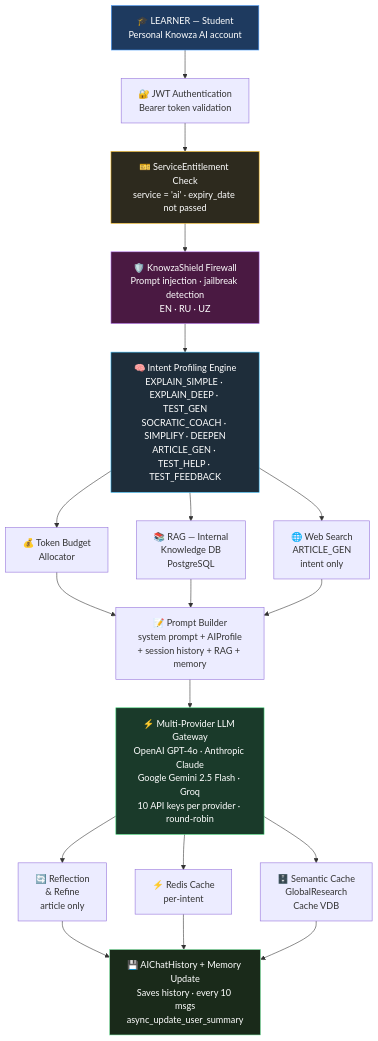
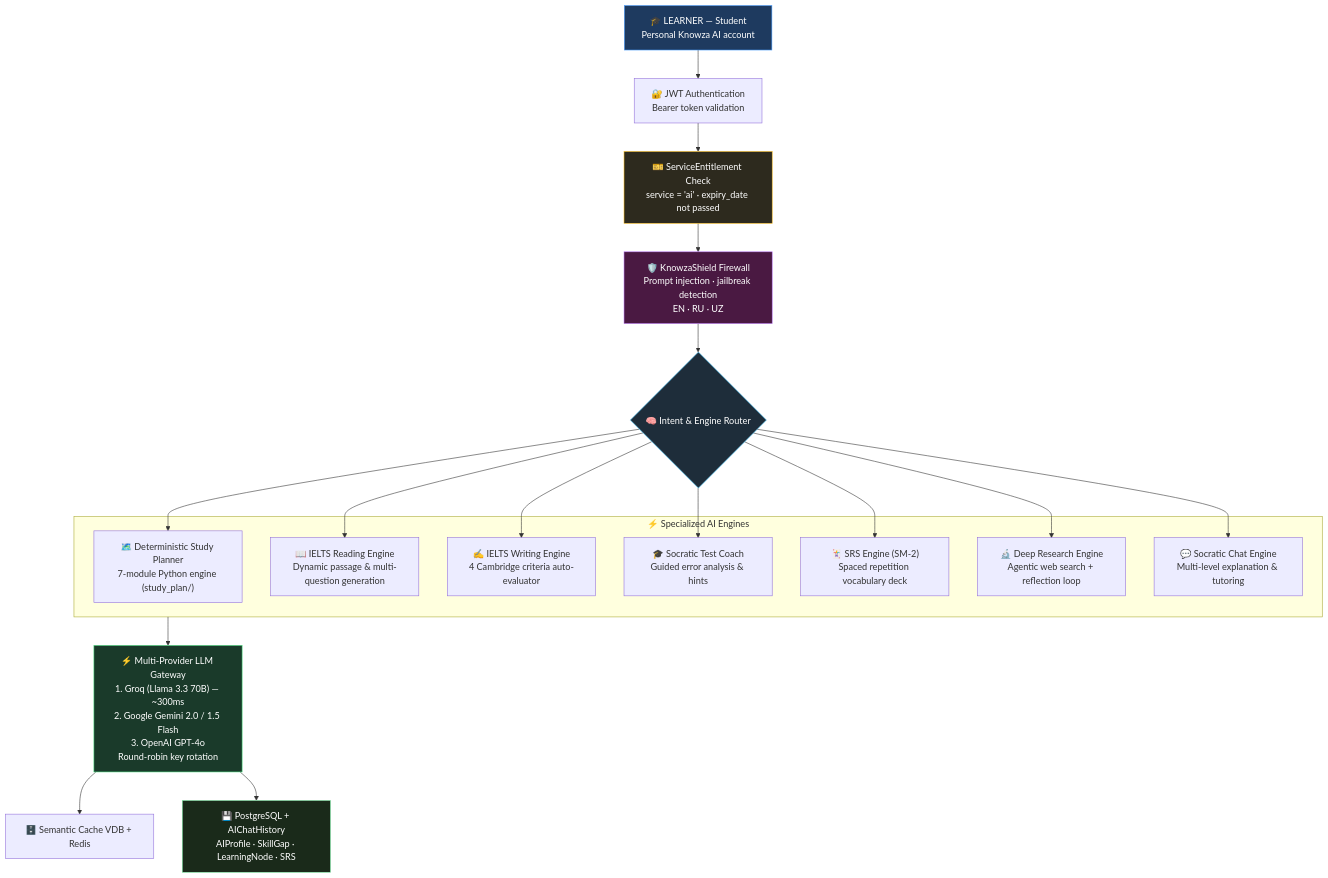
Before and after one commit to Jonizz-s-Team/Knowza-Overview: the diagram in docs/AI_ARCHITECTURE.md, drawn with Mermaid. The commit also changed other lines of this file and 94 other files, not shown here.

Commit message:
feat(release): KNOWZA 3.0.0 - Full AI Foundation, Adaptive IELTS Suite & Complete 20-Module Ecosystem

````diff
--- a/docs/AI_ARCHITECTURE.md
+++ b/docs/AI_ARCHITECTURE.md
@@ -22,48 +22,65 @@
 ```mermaid
 flowchart TD
-    STUDENT["🎓 LEARNER — Student\nPersonal Knowza AI account"]
+    STUDENT["🎓 LEARNER — Student
+Personal Knowza AI account"]
 
-    JWT["🔐 JWT Authentication\nBearer token validation"]
+    JWT["🔐 JWT Authentication
+Bearer token validation"]
 
-    ENTITLEMENT["🎫 ServiceEntitlement Check\nservice = 'ai' · expiry_date not passed"]
+    ENTITLEMENT["🎫 ServiceEntitlement Check
+service = 'ai' · expiry_date not passed"]
 
-    SHIELD["🛡️ KnowzaShield Firewall\nPrompt injection · jailbreak detection\nEN · RU · UZ"]
+    SHIELD["🛡️ KnowzaShield Firewall
+Prompt injection · jailbreak detection
+EN · RU · UZ"]
 
-    INTENT["🧠 Intent Profiling Engine\nEXPLAIN_SIMPLE · EXPLAIN_DEEP · TEST_GEN\nSOCRATIC_COACH · SIMPLIFY · DEEPEN\nARTICLE_GEN · TEST_HELP · TEST_FEEDBACK"]
+    INTENT{"🧠 Intent & Engine Router"}
 
-    BUDGET["💰 Token Budget\nAllocator"]
-    RAG["📚 RAG — Internal\nKnowledge DB\nPostgreSQL"]
-    WEBSEARCH["🌐 Web Search\nARTICLE_GEN\nintent only"]
+    subgraph ENGINES["⚡ Specialized AI Engines"]
+        PLANNER["🗺️ Deterministic Study Planner
+7-module Python engine (study_plan/)"]
+        IELTS_R["📖 IELTS Reading Engine
+Dynamic passage & multi-question generation"]
+        IELTS_W["✍️ IELTS Writing Engine
+4 Cambridge criteria auto-evaluator"]
+        COACH["🎓 Socratic Test Coach
+Guided error analysis & hints"]
+        SRS["🃏 SRS Engine (SM-2)
+Spaced repetition vocabulary deck"]
+        RESEARCH["🔬 Deep Research Engine
+Agentic web search + reflection loop"]
+        CHAT["💬 Socratic Chat Engine
+Multi-level explanation & tutoring"]
+    end
 
-    PROMPT["📝 Prompt Builder\nsystem prompt + AIProfile\n+ session history + RAG + memory"]
+    GATEWAY["⚡ Multi-Provider LLM Gateway
+1. Groq (Llama 3.3 70B) — ~300ms
+2. Google Gemini 2.0 / 1.5 Flash
+3. OpenAI GPT-4o
+Round-robin key rotation"]
 
-    LLM["⚡ Multi-Provider LLM Gateway\nOpenAI GPT-4o · Anthropic Claude\nGoogle Gemini 2.5 Flash · Groq\n10 API keys per provider · round-robin"]
+    CACHE["🗄️ Semantic Cache VDB + Redis"]
 
-    REFLECT["🔄 Reflection\n& Refine\narticle only"]
-    REDIS["⚡ Redis Cache\nper-intent"]
-    SEMCACHE["🗄️ Semantic Cache\nGlobalResearch\nCache VDB"]
-
-    HISTORY["💾 AIChatHistory + Memory Update\nSaves history · every 10 msgs\nasync_update_user_summary"]
+    STORAGE["💾 PostgreSQL + AIChatHistory
+AIProfile · SkillGap · LearningNode · SRS"]
 
     STUDENT --> JWT --> ENTITLEMENT --> SHIELD --> INTENT
-    INTENT --> BUDGET
-    INTENT --> RAG
-    INTENT --> WEBSEARCH
-    BUDGET --> PROMPT
-    RAG --> PROMPT
-    WEBSEARCH --> PROMPT
-    PROMPT --> LLM
-    LLM --> REFLECT
-    LLM --> REDIS
-    LLM --> SEMCACHE
-    REFLECT --> HISTORY
-    REDIS --> HISTORY
-    SEMCACHE --> HISTORY
+    INTENT --> PLANNER
+    INTENT --> IELTS_R
+    INTENT --> IELTS_W
+    INTENT --> COACH
+    INTENT --> SRS
+    INTENT --> RESEARCH
+    INTENT --> CHAT
+
+    ENGINES --> GATEWAY
+    GATEWAY --> CACHE
+    GATEWAY --> STORAGE
 
     style STUDENT fill:#1e3a5f,stroke:#4a9eff,color:#fff
     style SHIELD fill:#4a1942,stroke:#c084fc,color:#fff
-    style LLM fill:#1a3a2a,stroke:#4ade80,color:#fff
+    style GATEWAY fill:#1a3a2a,stroke:#4ade80,color:#fff
     style ENTITLEMENT fill:#2d2a1e,stroke:#fbbf24,color:#fff
     style INTENT fill:#1e2d3a,stroke:#38bdf8,color:#fff
-    style HISTORY fill:#1a2a1a,stroke:#86efac,color:#fff
+    style STORAGE fill:#1a2a1a,stroke:#86efac,color:#fff
 ```
````
